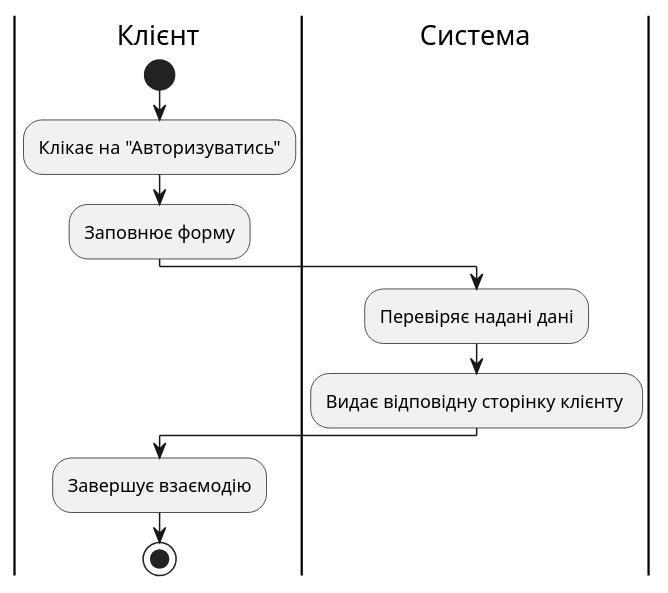
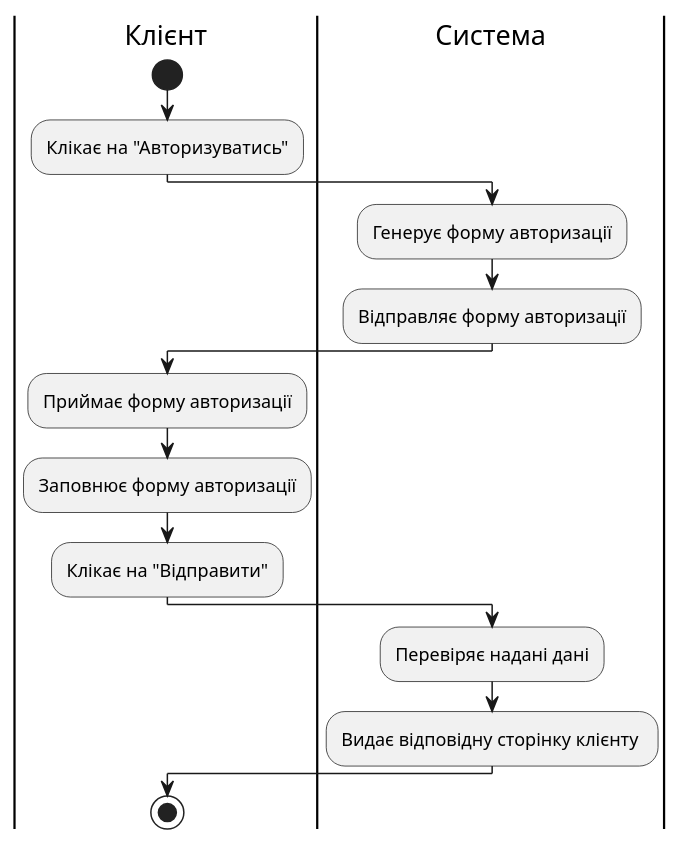
The eighth of 16 diagrams in docs/use cases/README.md (YehorSeniuk/IOO), drawn with PlantUML before and after one commit. The commit also changed other lines of this file, not shown here.

```diff
--- a/docs/use cases/README.md
+++ b/docs/use cases/README.md
@@ -108,14 +151,21 @@
 @startuml
 |Клієнт|
 start;
 :Клікає на "Авторизуватись";
-:Заповнює форму;
+
+|Система|
+:Генерує форму авторизації;
+:Відправляє форму авторизації;
+
+|Клієнт|
+:Приймає форму авторизації;
+:Заповнює форму авторизації;
+:Клікає на "Відправити";
 
 |Система|
 :Перевіряє надані дані;
 :Видає відповідну сторінку клієнту ;
 
 |Клієнт|
-:Завершує взаємодію;
 stop;
 @enduml
```
